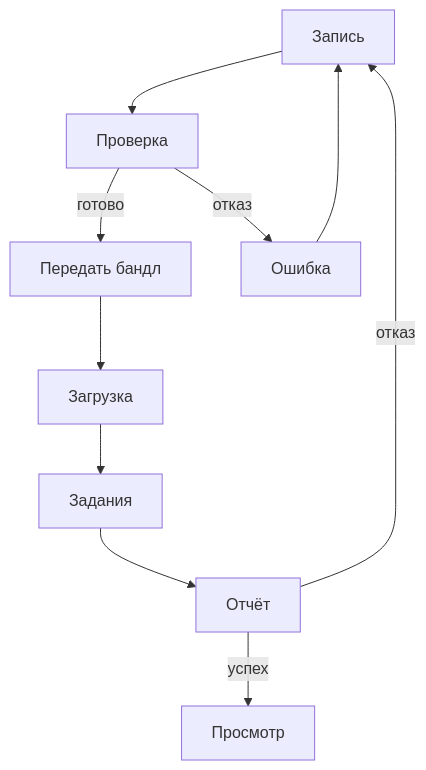
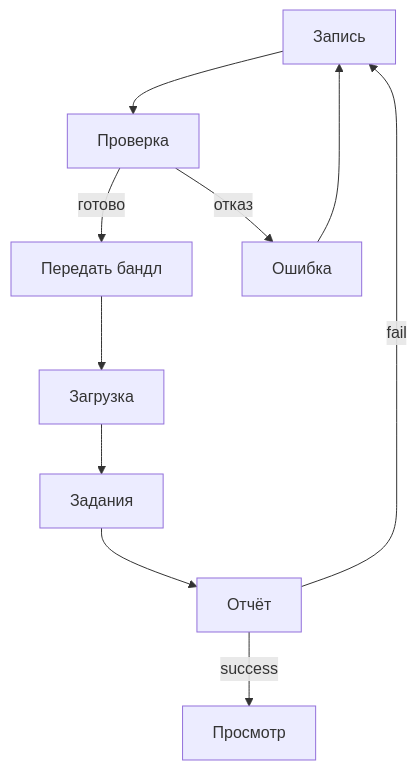
The diagram in NVC-Maps-бизнес-анализ.md (KalashnikovKV/nvc-business-analysis), drawn with Mermaid before and after one commit. The commit also changed other lines of this file and 10 other files, not shown here.

````diff
--- a/NVC-Maps-бизнес-анализ.md
+++ b/NVC-Maps-бизнес-анализ.md
@@ -364,12 +349,12 @@
 ```mermaid
 flowchart TB
   M1[Запись] --> M2[Проверка]
   M2 -->|готово| Share[Передать бандл]
   M2 -->|отказ| M3[Ошибка]
   M3 --> M1
   Share --> B1[Загрузка]
   B1 --> B2[Задания]
   B2 --> B3[Отчёт]
-  B3 -->|успех| B4[Просмотр]
-  B3 -->|отказ| M1
+  B3 -->|success| B4[Просмотр]
+  B3 -->|fail| M1
 ```
````
